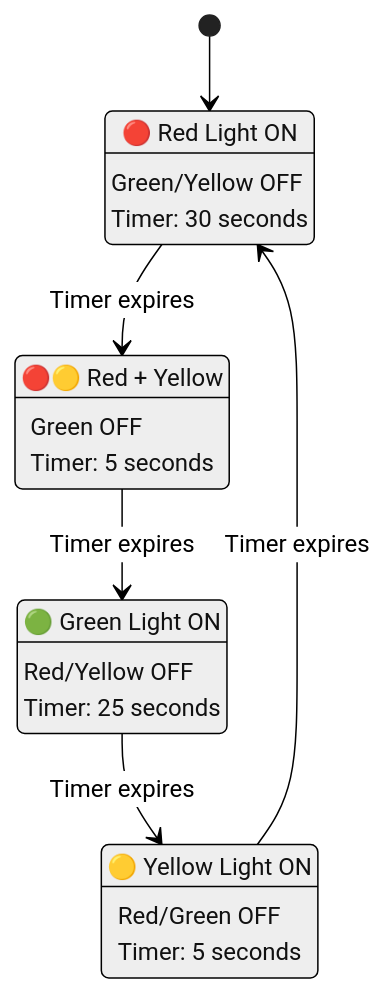
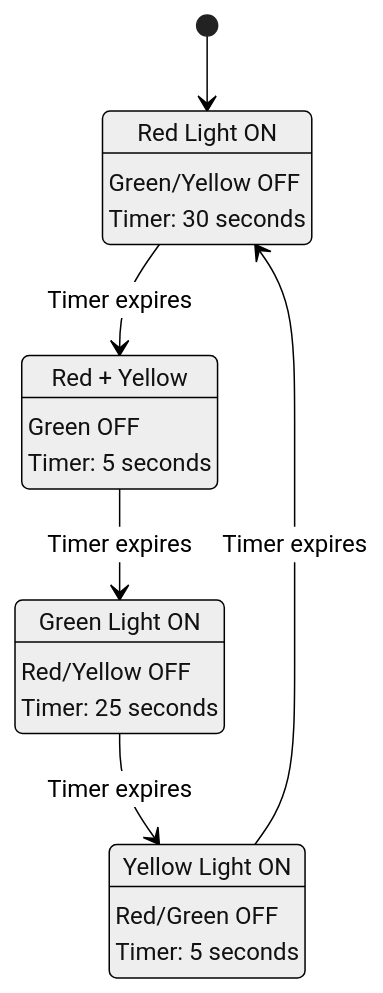
Before and after one commit to snowch-notes/digial_electronics: the third of 4 diagrams in 10_moore_fsm.md, drawn with Mermaid (neutral theme).

````diff
--- a/10_moore_fsm.md
+++ b/10_moore_fsm.md
@@ -133,25 +133,25 @@
 ```mermaid
 stateDiagram-v2
     [*] --> RED
     
-    RED : 🔴 Red Light ON
+    RED : Red Light ON
     RED : Green/Yellow OFF
     RED : Timer: 30 seconds
     
-    REDYELLOW : 🔴🟡 Red + Yellow
+    REDYELLOW : Red + Yellow
     REDYELLOW : Green OFF
     REDYELLOW : Timer: 5 seconds
     
-    GREEN : 🟢 Green Light ON
+    GREEN : Green Light ON
     GREEN : Red/Yellow OFF
     GREEN : Timer: 25 seconds
     
-    YELLOW : 🟡 Yellow Light ON
+    YELLOW : Yellow Light ON
     YELLOW : Red/Green OFF
     YELLOW : Timer: 5 seconds
     
     RED --> REDYELLOW : Timer expires
     REDYELLOW --> GREEN : Timer expires
     GREEN --> YELLOW : Timer expires
     YELLOW --> RED : Timer expires
 ```
````
